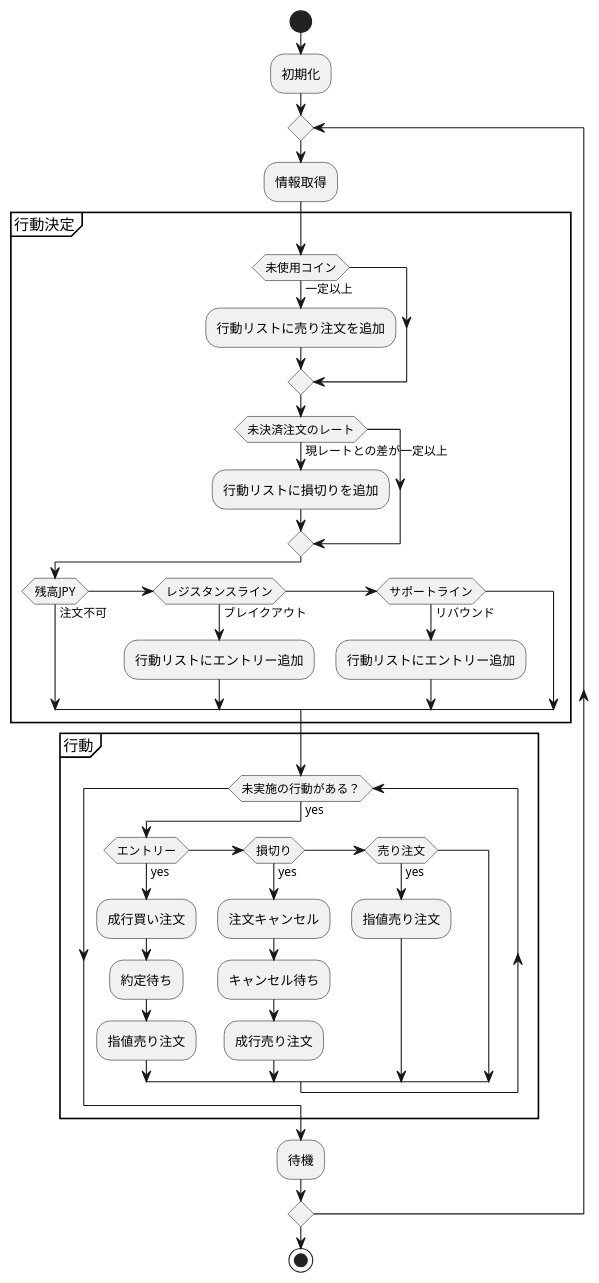
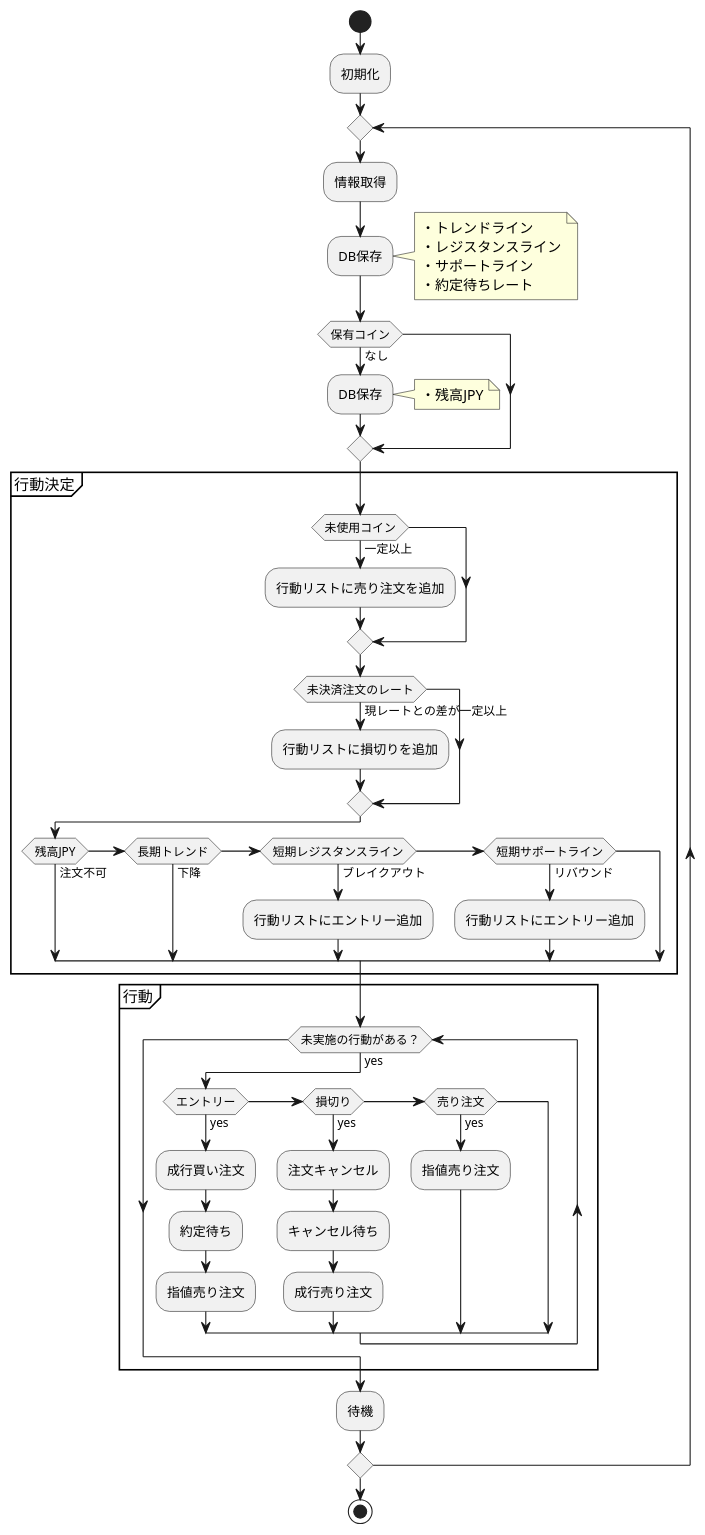
Before and after one commit to canpok1/trading-bot-rust: the diagram in docs/bot.plantuml, drawn with PlantUML. The commit also changed 2 other files, not shown here.

Commit message:
DB更新部分をアクティビティ図に追記

```diff
--- a/docs/bot.plantuml
+++ b/docs/bot.plantuml
@@ -1,46 +1,62 @@
 @startuml trading-bot-rust
 start
 
 :初期化;
 
 repeat
     :情報取得;
+
+    :DB保存;
+    note right
+        ・トレンドライン
+        ・レジスタンスライン
+        ・サポートライン
+        ・約定待ちレート
+    end note
+
+    if (保有コイン) then (なし)
+        :DB保存;
+        note right
+            ・残高JPY
+        end note
+    endif
 
     partition 行動決定 {
         if (未使用コイン) then (一定以上)
             :行動リストに売り注文を追加;
         endif
 
         if (未決済注文のレート) then (現レートとの差が一定以上)
             :行動リストに損切りを追加;
         endif
 
         if (残高JPY) then (注文不可)
-        elseif (レジスタンスライン) then (ブレイクアウト)
+        elseif (長期トレンド) then (下降)
+        elseif (短期レジスタンスライン) then (ブレイクアウト)
             :行動リストにエントリー追加;
-        elseif (サポートライン) then (リバウンド)
+        elseif (短期サポートライン) then (リバウンド)
             :行動リストにエントリー追加;
         endif
     }
 
     partition 行動 {
         while (未実施の行動がある？) is (yes)
             if (エントリー) then (yes)
                 :成行買い注文;
                 :約定待ち;
                 :指値売り注文;
             elseif (損切り) then (yes)
                 :注文キャンセル;
                 :キャンセル待ち;
                 :成行売り注文;
             elseif (売り注文) then (yes)
                 :指値売り注文;
             endif
         endwhile
     }
 
     :待機;
 repeat while
 
 stop
 @enduml
```
